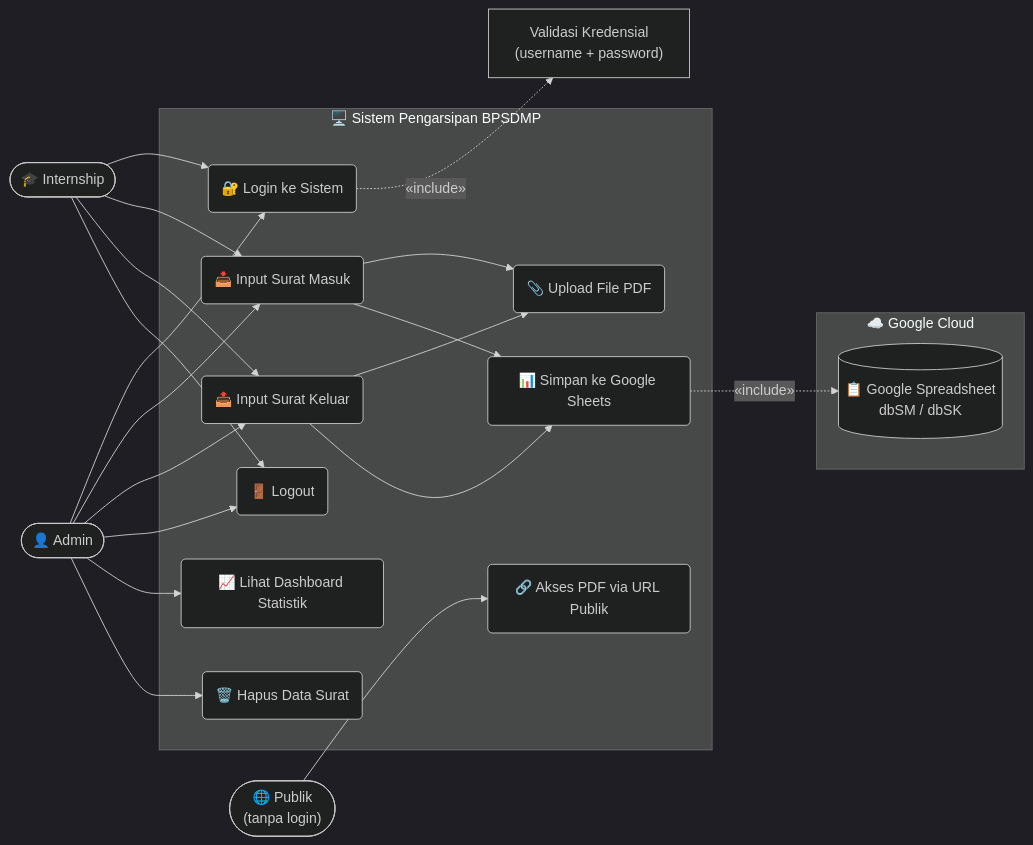
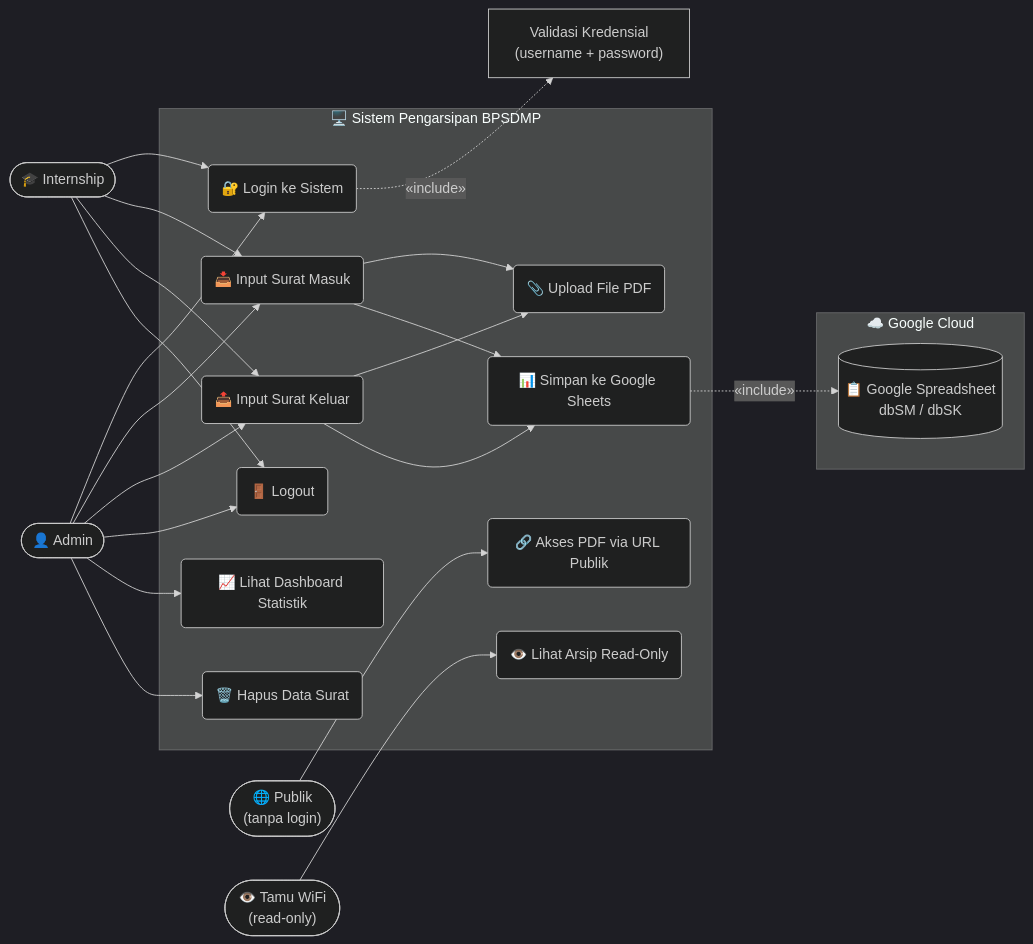
Before and after one commit to Rpl087/PROJECT-MAGANG: the third of 3 diagrams in README.md, drawn with Mermaid (dark theme). The commit also changed other lines of this file and 7 other files, not shown here.

````diff
--- a/README.md
+++ b/README.md
@@ -279,42 +390,45 @@
 ```mermaid
 graph LR
     Admin(["👤 Admin"])
     Internship(["🎓 Internship"])
     Public(["🌐 Publik\n(tanpa login)"])
+    Tamu(["👁️ Tamu WiFi\n(read-only)"])
 
     subgraph Sistem ["🖥️ Sistem Pengarsipan BPSDMP"]
         UC1("🔐 Login ke Sistem")
         UC2("📥 Input Surat Masuk")
         UC3("📤 Input Surat Keluar")
         UC4("📎 Upload File PDF")
         UC5("📊 Simpan ke Google Sheets")
         UC6("🚪 Logout")
         UC7("📈 Lihat Dashboard Statistik")
         UC8("🔗 Akses PDF via URL Publik")
         UC9("🗑️ Hapus Data Surat")
+        UC10("👁️ Lihat Arsip Read-Only")
 
         UC2 --> UC4
         UC3 --> UC4
         UC2 --> UC5
         UC3 --> UC5
     end
 
     subgraph Google ["☁️ Google Cloud"]
         GS[("📋 Google Spreadsheet\ndbSM / dbSK")]
     end
 
     Admin --> UC1
     Admin --> UC2
     Admin --> UC3
     Admin --> UC6
     Admin --> UC7
     Admin --> UC9
     Internship --> UC1
     Internship --> UC2
     Internship --> UC3
     Internship --> UC6
     Public --> UC8
+    Tamu --> UC10
 
     UC1 -.->|"«include»"| VALID["Validasi Kredensial\n(username + password)"]
     UC5 -.->|"«include»"| GS
 ```
````
